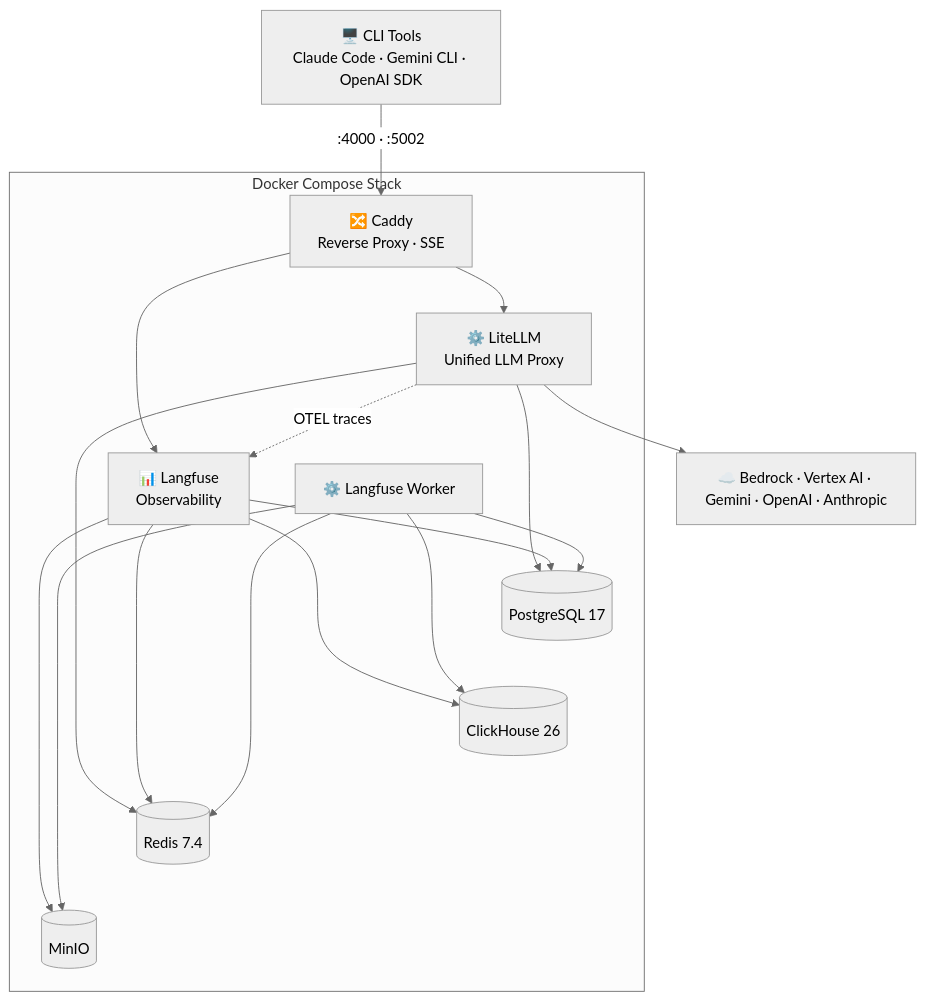
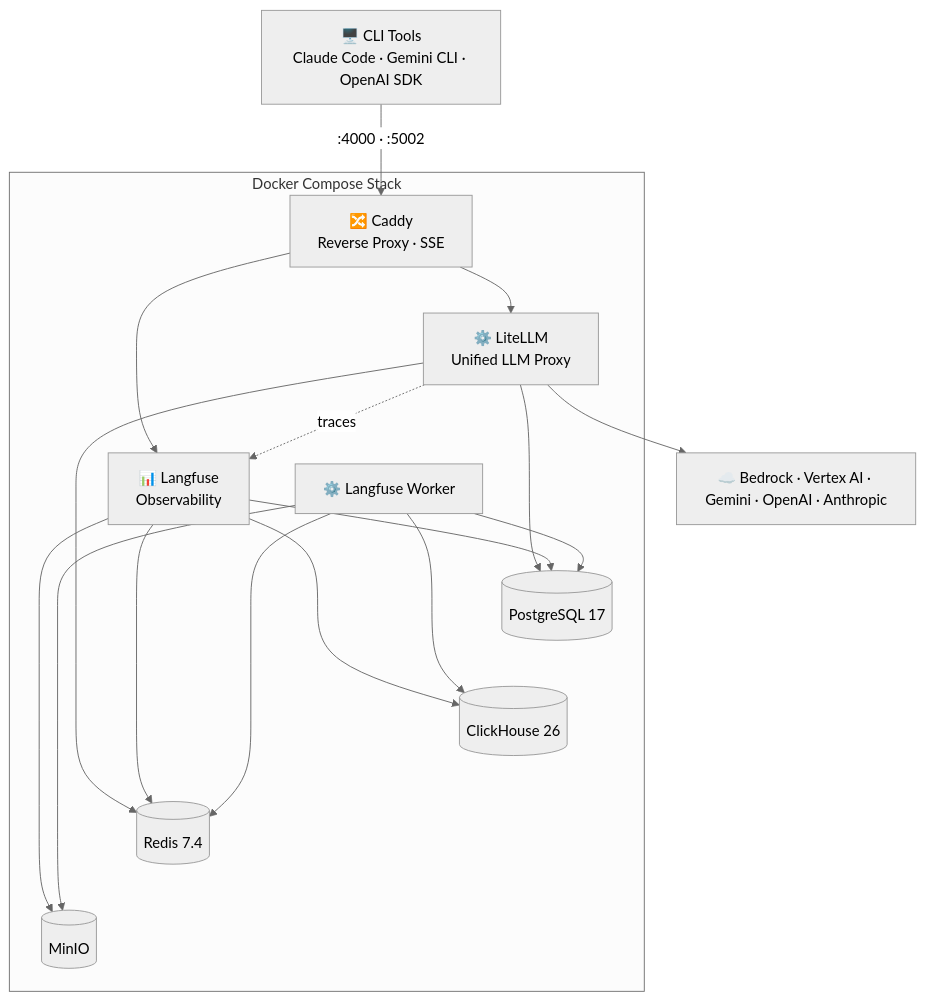
One commit to aaronmorris-dev/litellm-langfuse-caddy changed the first of 2 diagrams in README.md. Above: the diagram before and after it, drawn with Mermaid (neutral theme). The commit also changed other lines of this file and 5 other files, not shown here.

````diff
--- a/README.md
+++ b/README.md
@@ -131,27 +94,27 @@
 ```mermaid
 flowchart TD
     CLI["🖥️ CLI Tools\nClaude Code · Gemini CLI · OpenAI SDK"]
 
     CLI -->|":4000 · :5002"| Caddy
 
     subgraph compose[" Docker Compose Stack "]
         Caddy["🔀 Caddy\nReverse Proxy · SSE"]
 
         Caddy --> LiteLLM["⚙️ LiteLLM\nUnified LLM Proxy"]
         Caddy --> Langfuse["📊 Langfuse\nObservability"]
 
-        LiteLLM -.->|"OTEL traces"| Langfuse
+        LiteLLM -.->|"traces"| Langfuse
         Worker["⚙️ Langfuse Worker"]
 
         LiteLLM --> PG & Redis
         Langfuse & Worker --> PG & CH & Redis & MinIO
 
         PG[("PostgreSQL 17")]
         CH[("ClickHouse 26")]
         Redis[("Redis 7.4")]
         MinIO[("MinIO")]
         PG ~~~ CH ~~~ Redis ~~~ MinIO
     end
 
     LiteLLM --> Providers["☁️ Bedrock · Vertex AI · Gemini · OpenAI · Anthropic"]
 ```
````
